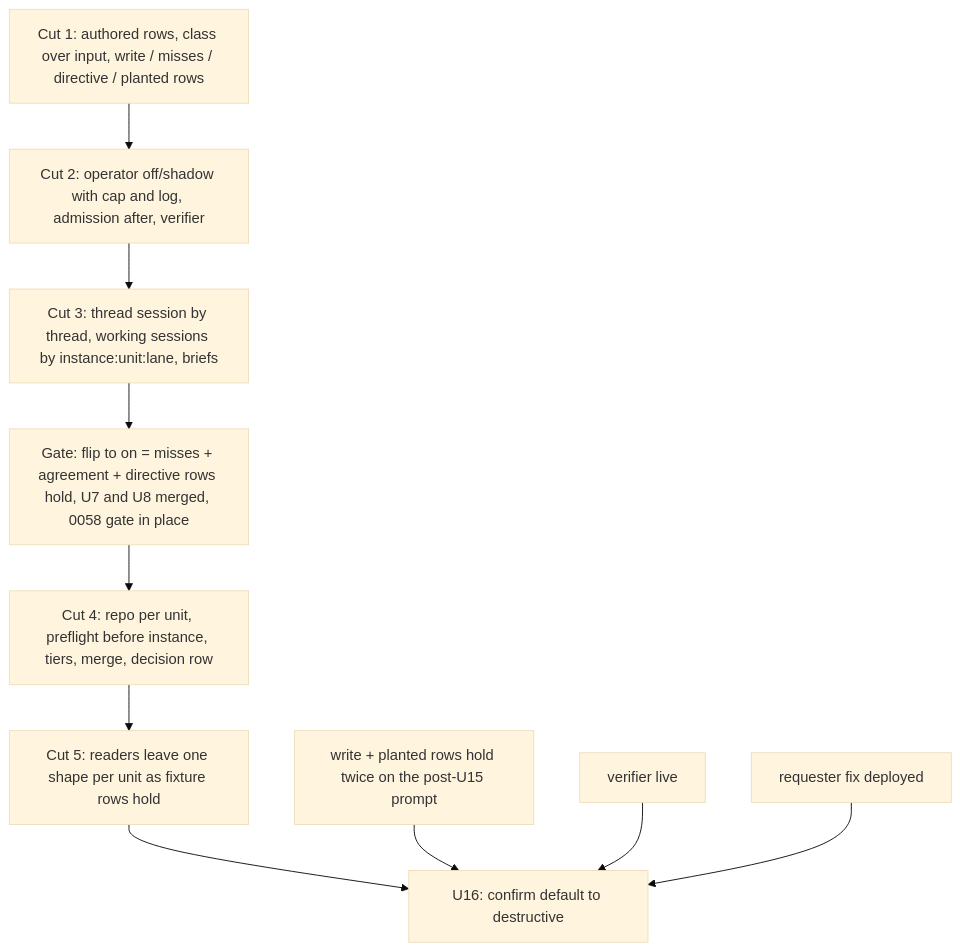
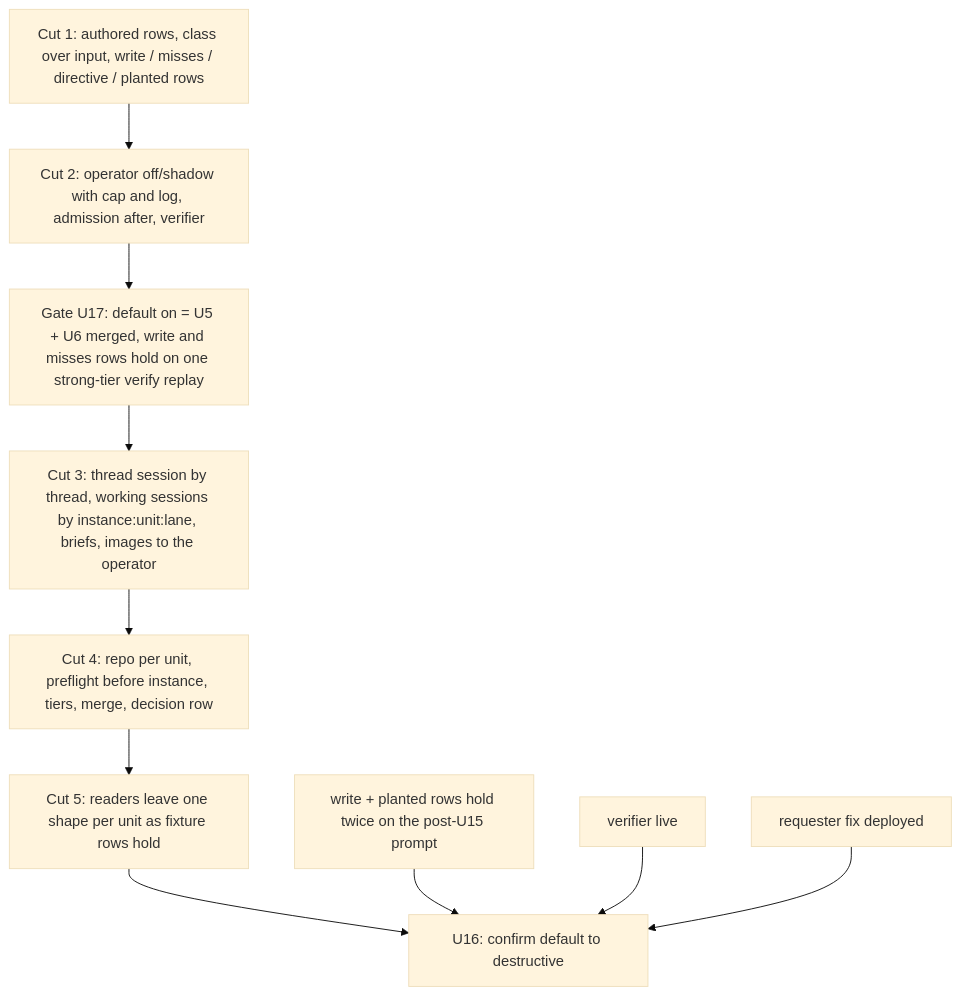
The second of 2 diagrams in docs/plans/2026-09-18-002-feat-the-operator-is-the-one-door-plan.md (coreplanelabs/switchboard), drawn with Mermaid (base theme) before and after one commit. The commit also changed other lines of this file and 1 other file, not shown here.

Commit message:
docs(records): the operator ships on and images reach it, by amendment

````diff
--- a/docs/plans/2026-09-18-002-feat-the-operator-is-the-one-door-plan.md
+++ b/docs/plans/2026-09-18-002-feat-the-operator-is-the-one-door-plan.md
@@ -170,12 +174,12 @@
 ```mermaid
 flowchart TB
   C1[Cut 1: authored rows, class over input, write / misses / directive / planted rows] --> C2[Cut 2: operator off/shadow with cap and log, admission after, verifier]
-  C2 --> C3[Cut 3: thread session by thread, working sessions by instance:unit:lane, briefs]
-  C3 --> ON[Gate: flip to on = misses + agreement + directive rows hold, U7 and U8 merged, 0058 gate in place]
-  ON --> C4[Cut 4: repo per unit, preflight before instance, tiers, merge, decision row]
+  C2 --> ON[Gate U17: default on = U5 + U6 merged, write and misses rows hold on one strong-tier verify replay]
+  ON --> C3[Cut 3: thread session by thread, working sessions by instance:unit:lane, briefs, images to the operator]
+  C3 --> C4[Cut 4: repo per unit, preflight before instance, tiers, merge, decision row]
   C4 --> C5[Cut 5: readers leave one shape per unit as fixture rows hold]
   C5 --> D[U16: confirm default to destructive]
   W[write + planted rows hold twice on the post-U15 prompt] --> D
   V[verifier live] --> D
   F[requester fix deployed] --> D
 ```
````
